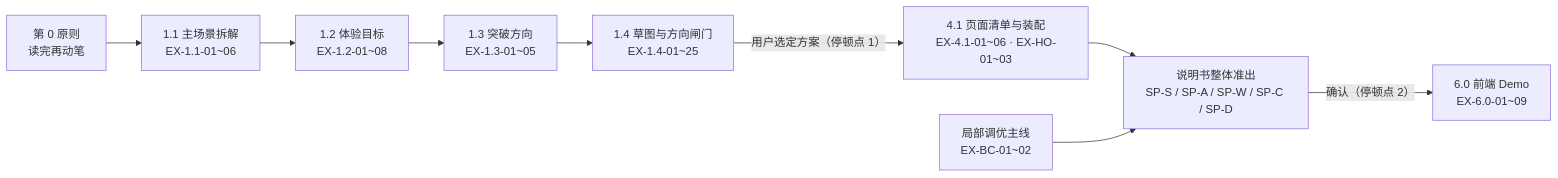
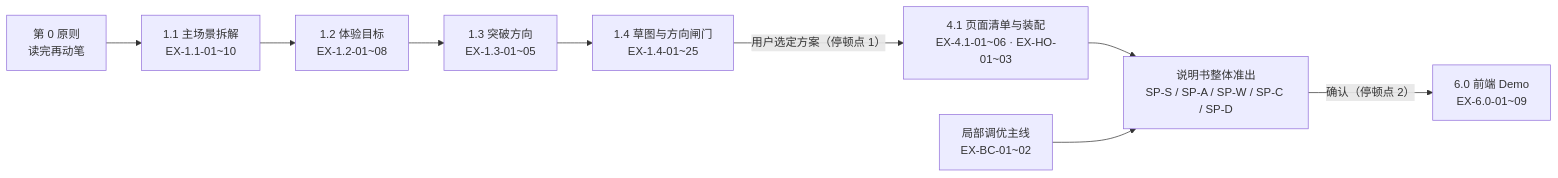
Before and after one commit to wangjue2026/skill-designer-prism: the diagram in 04-workflows-and-cases/准出门禁总表.md, drawn with Mermaid. The commit also changed other lines of this file and 8 other files, not shown here.

````diff
--- a/04-workflows-and-cases/准出门禁总表.md
+++ b/04-workflows-and-cases/准出门禁总表.md
@@ -19,11 +19,11 @@
 ```mermaid
 graph LR
-  R["第 0 原则<br/>读完再动笔"] --> A1["1.1 主场景拆解<br/>EX-1.1-01~06"]
+  R["第 0 原则<br/>读完再动笔"] --> A1["1.1 主场景拆解<br/>EX-1.1-01~10"]
   A1 --> A2["1.2 体验目标<br/>EX-1.2-01~08"]
   A2 --> A3["1.3 突破方向<br/>EX-1.3-01~05"]
   A3 --> A4["1.4 草图与方向闸门<br/>EX-1.4-01~25"]
   A4 -->|"用户选定方案（停顿点 1）"| A41["4.1 页面清单与装配<br/>EX-4.1-01~06 · EX-HO-01~03"]
   A41 --> SP["说明书整体准出<br/>SP-S / SP-A / SP-W / SP-C / SP-D"]
   SP -->|"确认（停顿点 2）"| C["6.0 前端 Demo<br/>EX-6.0-01~09"]
   T["局部调优主线<br/>EX-BC-01~02"] --> SP
 ```
````
